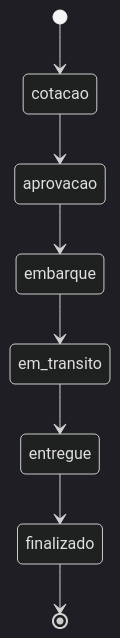
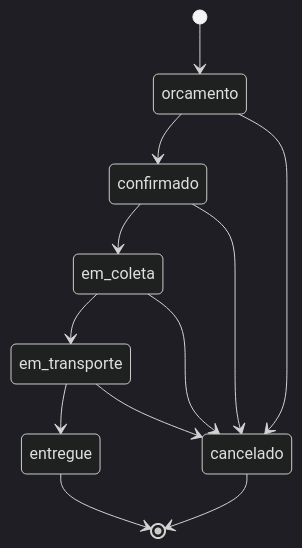
Before and after one commit to TM-THE-MONKEYS/TM-TRANSPORTADORA-FRONT: the third of 4 diagrams in docs/FLUXO-APLICACAO.md, drawn with Mermaid (dark theme). The commit also changed other lines of this file and 4 other files, not shown here.

````diff
--- a/docs/FLUXO-APLICACAO.md
+++ b/docs/FLUXO-APLICACAO.md
@@ -98,10 +98,14 @@
 ```mermaid
 stateDiagram-v2
-  [*] --> cotacao
-  cotacao --> aprovacao
-  aprovacao --> embarque
-  embarque --> em_transito
-  em_transito --> entregue
-  entregue --> finalizado
-  finalizado --> [*]
+  [*] --> orcamento
+  orcamento --> confirmado
+  confirmado --> em_coleta
+  em_coleta --> em_transporte
+  em_transporte --> entregue
+  entregue --> [*]
+  orcamento --> cancelado
+  confirmado --> cancelado
+  em_coleta --> cancelado
+  em_transporte --> cancelado
+  cancelado --> [*]
 ```
````
